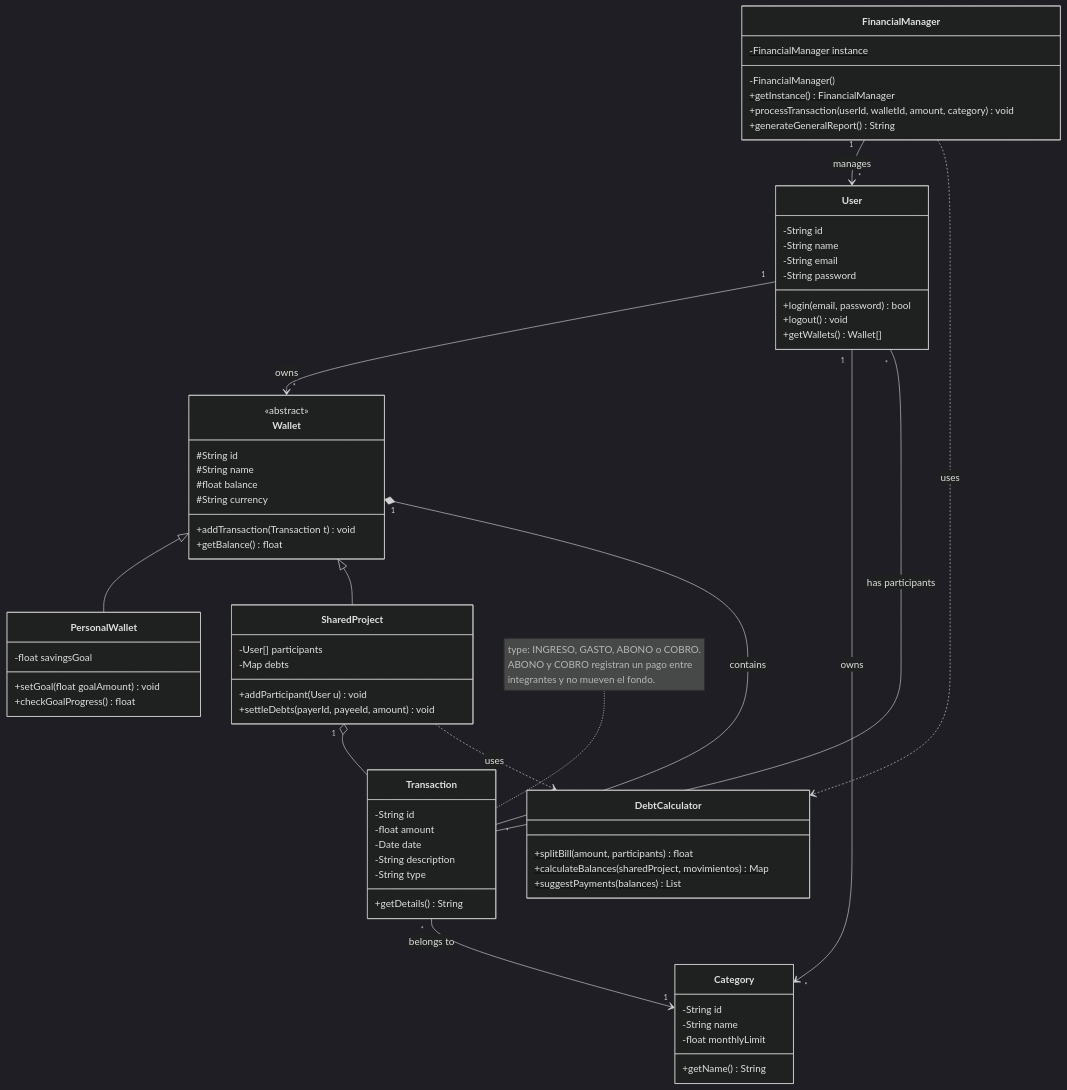
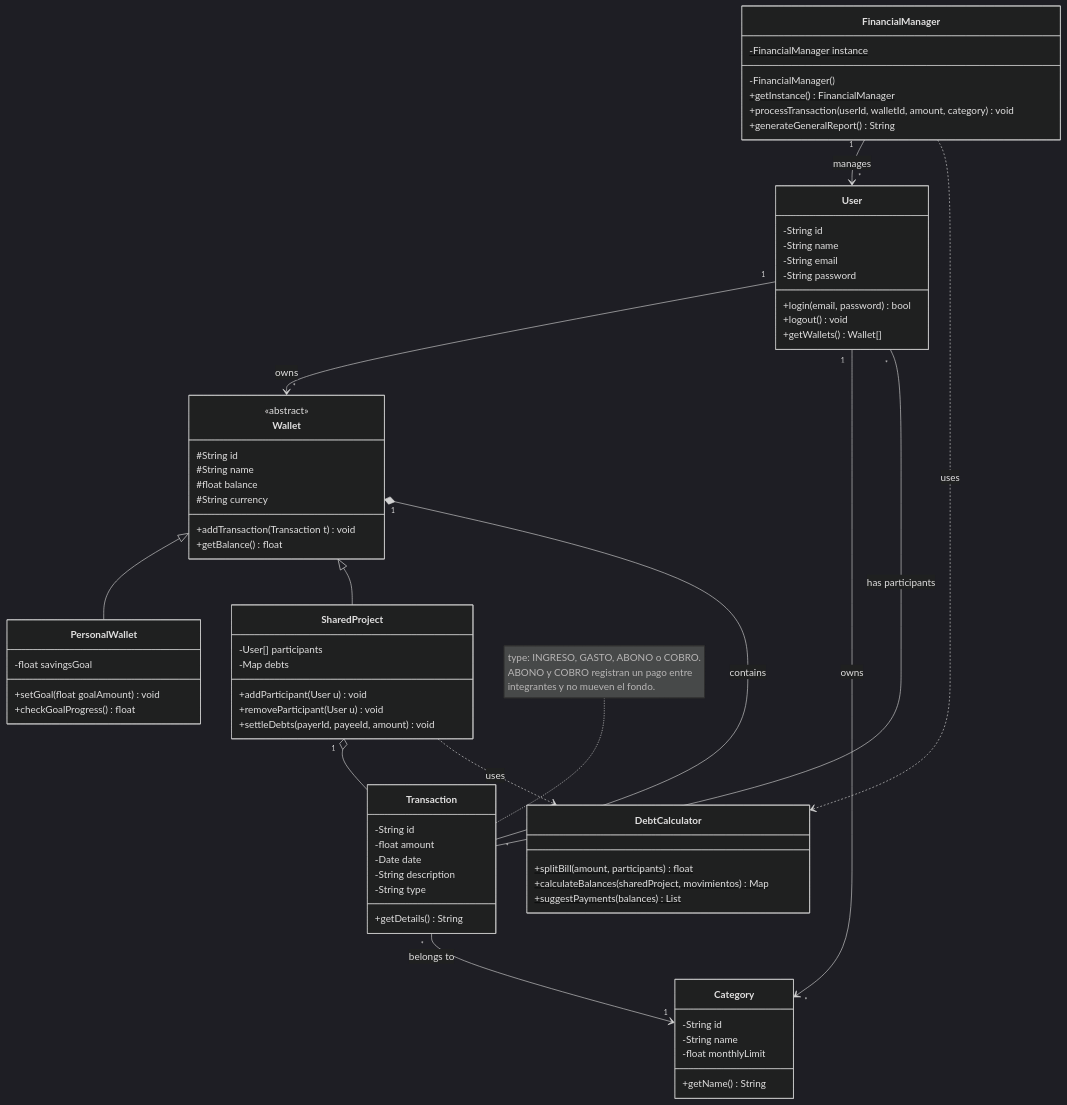
Before and after one commit to Gago82241/syncfund_: the diagram in docs/diagramas/fuentes/clases.mmd, drawn with Mermaid (dark theme). The commit also changed 2 other files, not shown here.

```diff
--- a/docs/diagramas/fuentes/clases.mmd
+++ b/docs/diagramas/fuentes/clases.mmd
@@ -1,69 +1,70 @@
 classDiagram
     class FinancialManager {
         -FinancialManager instance$
         -FinancialManager()
         +getInstance()$ FinancialManager
         +processTransaction(userId, walletId, amount, category) void
         +generateGeneralReport() String
     }
     class User {
         -String id
         -String name
         -String email
         -String password
         +login(email, password) bool
         +logout() void
         +getWallets() Wallet[]
     }
     class Wallet {
         <<abstract>>
         #String id
         #String name
         #float balance
         #String currency
         +addTransaction(Transaction t) void
         +getBalance() float
     }
     class PersonalWallet {
         -float savingsGoal
         +setGoal(float goalAmount) void
         +checkGoalProgress() float
     }
     class SharedProject {
         -User[] participants
         -Map debts
         +addParticipant(User u) void
+        +removeParticipant(User u) void
         +settleDebts(payerId, payeeId, amount) void
     }
     class Transaction {
         -String id
         -float amount
         -Date date
         -String description
         -String type
         +getDetails() String
     }
     class Category {
         -String id
         -String name
         -float monthlyLimit
         +getName() String
     }
     class DebtCalculator {
         +splitBill(amount, participants)$ float
         +calculateBalances(sharedProject, movimientos)$ Map
         +suggestPayments(balances)$ List
     }
 
     FinancialManager "1" --> "*" User : manages
     FinancialManager ..> DebtCalculator : uses
     User "1" --> "*" Wallet : owns
     User "1" --> "*" Category : owns
     User "*" -- Transaction : has participants
     Wallet <|-- PersonalWallet
     Wallet <|-- SharedProject
     Wallet "1" *-- "*" Transaction : contains
     SharedProject "1" o-- Transaction
     SharedProject ..> DebtCalculator : uses
     Transaction "*" --> "1" Category : belongs to
     note for Transaction "type: INGRESO, GASTO, ABONO o COBRO.<br/>ABONO y COBRO registran un pago entre<br/>integrantes y no mueven el fondo."
```
